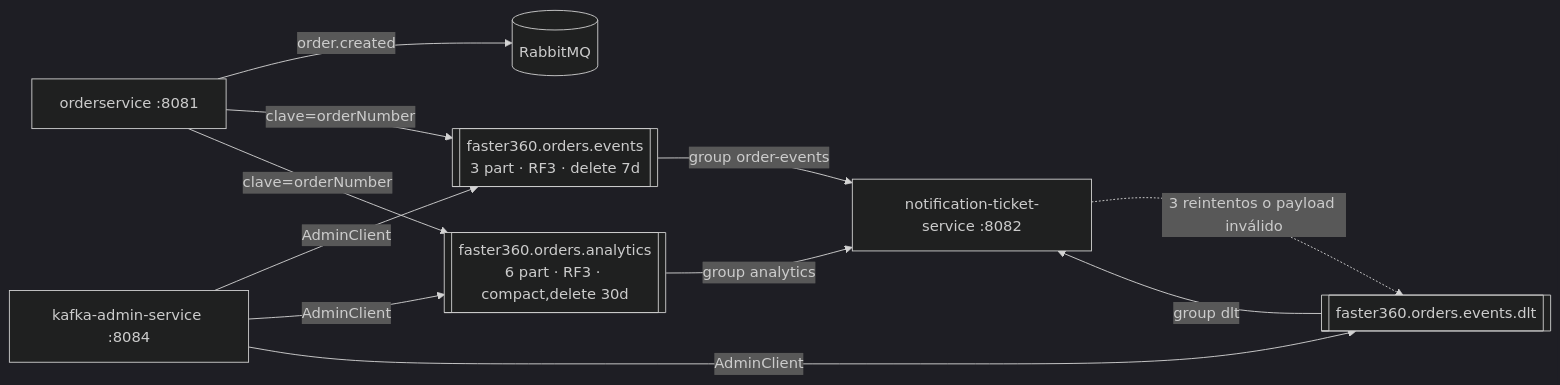
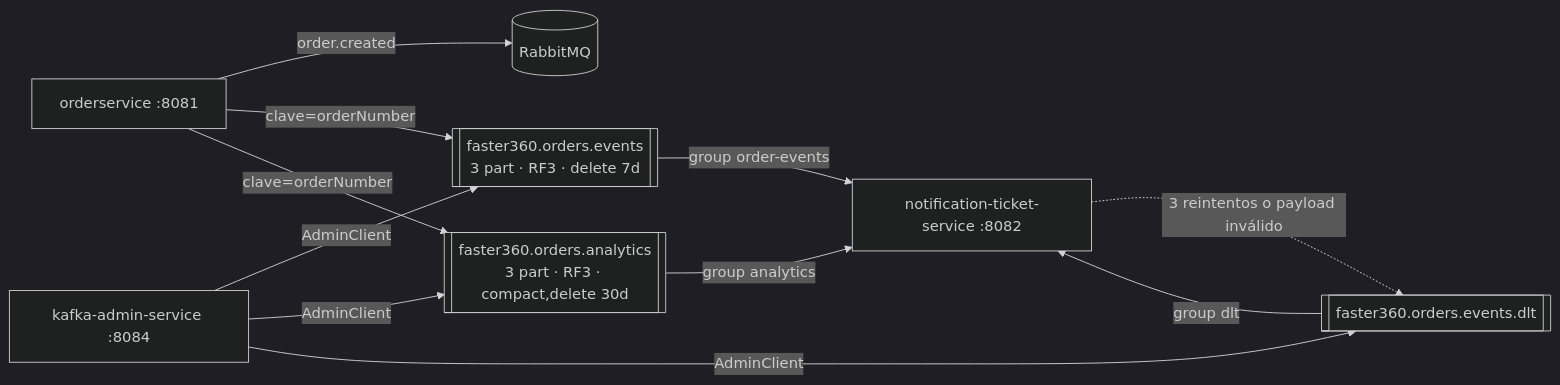
Before and after one commit to SheoInformatic/Proyecto-cloud: the second of 2 diagrams in README.md, drawn with Mermaid (dark theme). The commit also changed other lines of this file and 12 other files, not shown here.

````diff
--- a/README.md
+++ b/README.md
@@ -157,13 +177,13 @@
 ```mermaid
 graph LR
     OS[orderservice :8081] -->|order.created| RMQ[(RabbitMQ)]
     OS -->|clave=orderNumber| T1[["faster360.orders.events<br/>3 part · RF3 · delete 7d"]]
-    OS -->|clave=orderNumber| T2[["faster360.orders.analytics<br/>6 part · RF3 · compact,delete 30d"]]
+    OS -->|clave=orderNumber| T2[["faster360.orders.analytics<br/>3 part · RF3 · compact,delete 30d"]]
     T1 -->|group order-events| NS[notification-ticket-service :8082]
     T2 -->|group analytics| NS
     NS -.->|3 reintentos o payload inválido| DLT[["faster360.orders.events.dlt"]]
     DLT -->|group dlt| NS
     KA[kafka-admin-service :8084] -->|AdminClient| T1
     KA -->|AdminClient| T2
     KA -->|AdminClient| DLT
 ```
````
